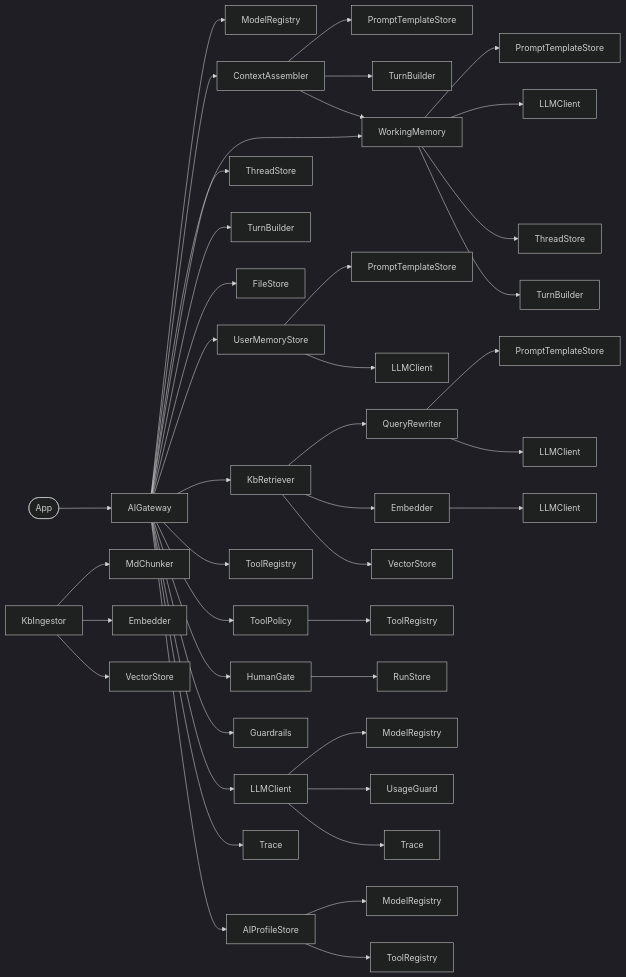
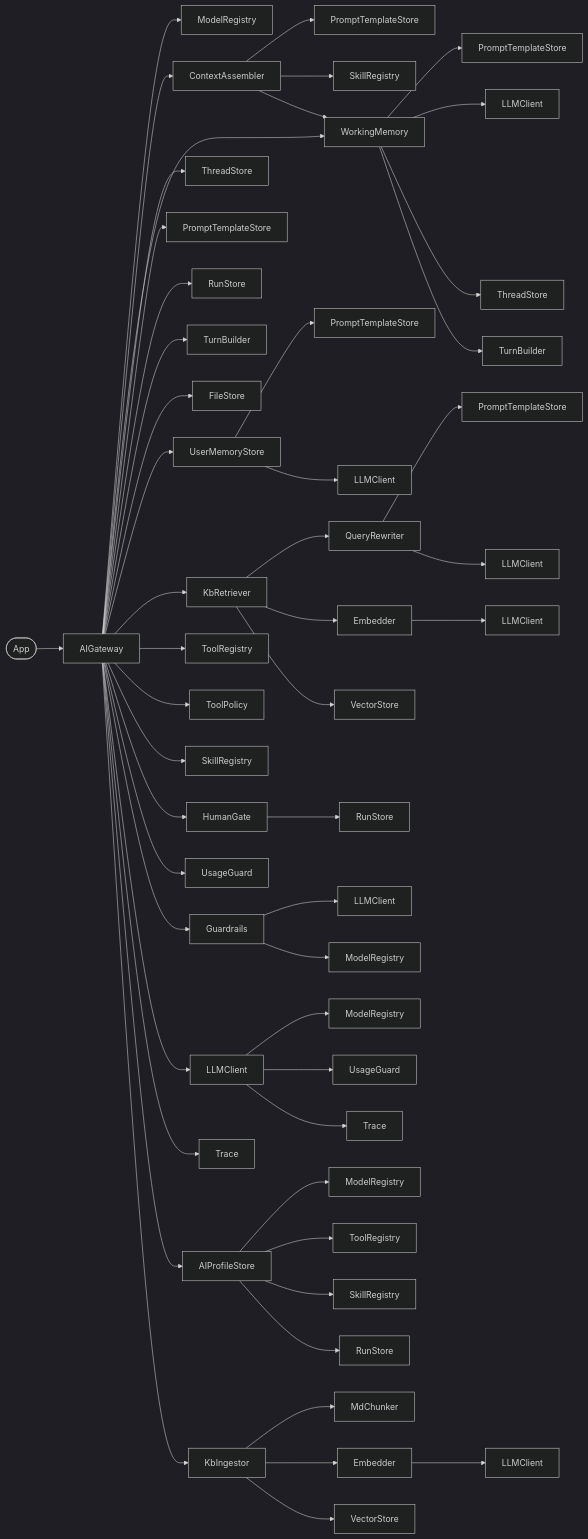
One commit to aneldev/dyna-ai-gateway changed the first of 3 diagrams in docs/60-architecture/10-architecture-and-trade-offs.md. Above: the diagram before and after it, drawn with Mermaid (dark theme). The commit also changed other lines of this file and 82 other files, not shown here.

````diff
--- a/docs/60-architecture/10-architecture-and-trade-offs.md
+++ b/docs/60-architecture/10-architecture-and-trade-offs.md
@@ -31,46 +31,55 @@
 ```mermaid
 flowchart LR
   App([App]) --> GW[AIGateway]
 
   GW --> MR[ModelRegistry]
   GW --> PS[AIProfileStore]
   GW --> CA[ContextAssembler]
   CA --> PT1[PromptTemplateStore]
-  CA --> TB2[TurnBuilder]
+  CA --> SR1[SkillRegistry]
   CA --> WM[WorkingMemory]
   GW --> TS[ThreadStore]
+  GW --> PT0[PromptTemplateStore]
+  GW --> RS0[RunStore]
   GW --> TB[TurnBuilder]
   GW --> FS[FileStore]
   GW --> WM
   WM --> PT2[PromptTemplateStore]
   WM --> DR2[LLMClient]
   WM --> TS2[ThreadStore]
   WM --> TB3[TurnBuilder]
   GW --> UM[UserMemoryStore]
   UM --> PT3[PromptTemplateStore]
   UM --> DR3[LLMClient]
   GW --> KR[KbRetriever]
   KR --> QR[QueryRewriter]
   QR --> PT4[PromptTemplateStore]
   QR --> DR4[LLMClient]
   KR --> EM[Embedder]
   EM --> DR5[LLMClient]
   KR --> VS[VectorStore]
   GW --> TR[ToolRegistry]
   GW --> TP[ToolPolicy]
-  TP --> TR2[ToolRegistry]
+  GW --> SR[SkillRegistry]
   GW --> HG[HumanGate]
   HG --> RS[RunStore]
+  GW --> UG0[UsageGuard]
   GW --> GR[Guardrails]
+  GR --> DR6[LLMClient]
+  GR --> MR4[ModelRegistry]
   GW --> DR[LLMClient]
   DR --> MR2[ModelRegistry]
   DR --> UG[UsageGuard]
   DR --> TRC2[Trace]
   GW --> TRC[Trace]
   PS --> MR3[ModelRegistry]
   PS --> TR3[ToolRegistry]
+  PS --> SR2[SkillRegistry]
+  PS --> RS3[RunStore]
+  GW --> KI
 
   KI[KbIngestor] --> MC[MdChunker]
   KI --> EM2[Embedder]
+  EM2 --> DR7[LLMClient]
   KI --> VS2[VectorStore]
 ```
````
